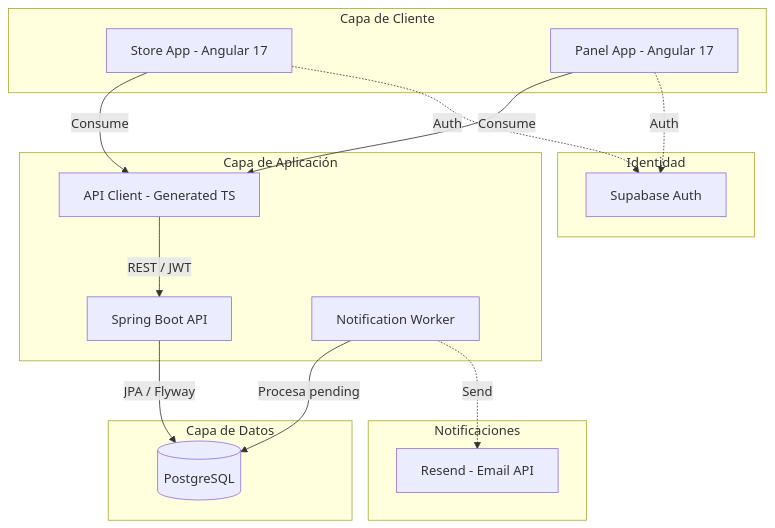
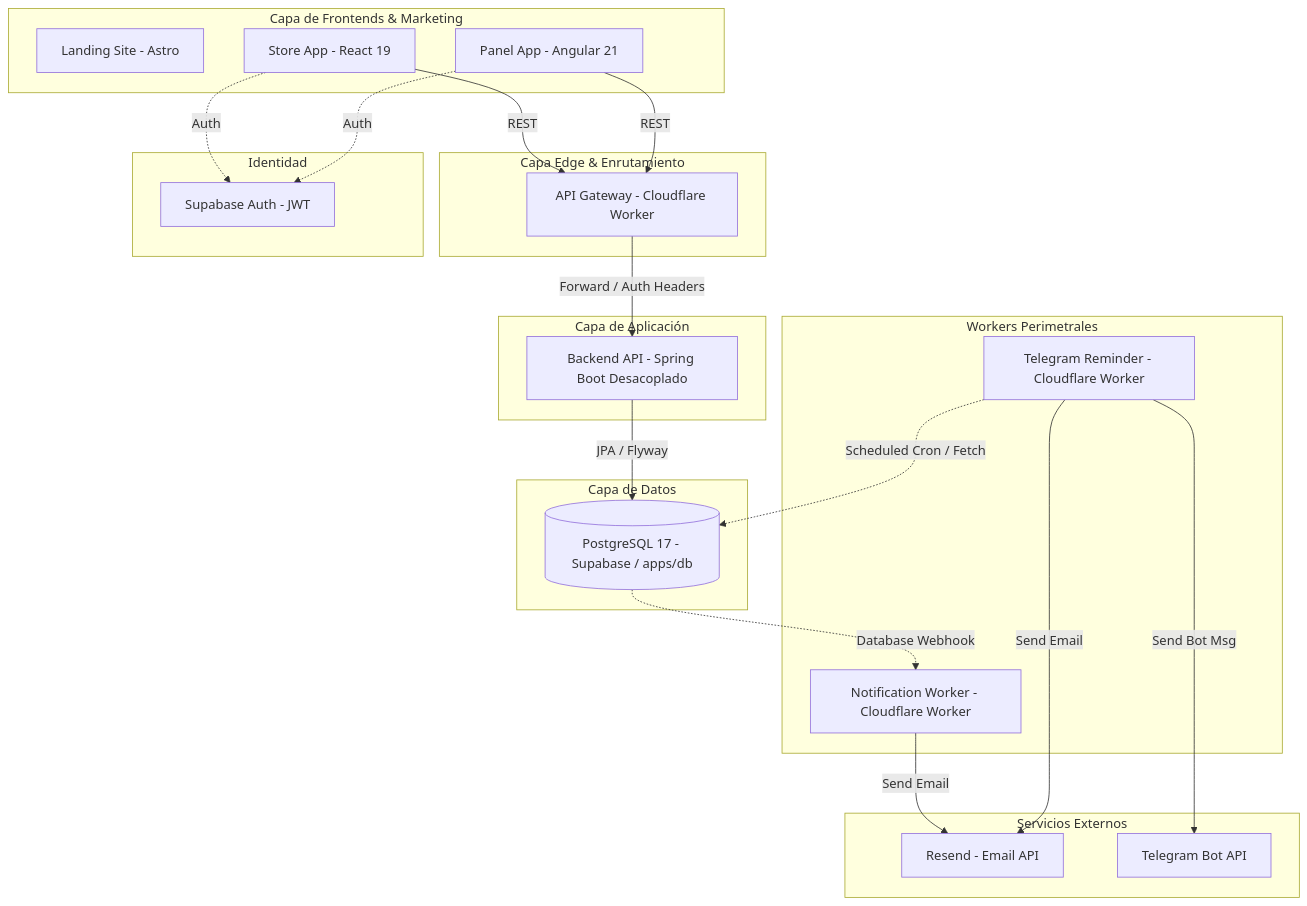
One commit to alexanderCanon/neversion changed the diagram in docs/diagrams/architecture.md. Above: the diagram before and after it, drawn with Mermaid. The commit also changed other lines of this file and 159 other files, not shown here.

````diff
--- a/docs/diagrams/architecture.md
+++ b/docs/diagrams/architecture.md
@@ -5,37 +5,50 @@
 ```mermaid
 graph TD
-    subgraph Client_Layer [Capa de Cliente]
-        Store[Store App - Angular 17]
-        Panel[Panel App - Angular 17]
+    subgraph Client_Layer [Capa de Frontends & Marketing]
+        WWW[Landing Site - Astro]
+        Store[Store App - React 19]
+        Panel[Panel App - Angular 21]
+    end
+
+    subgraph Edge_Gateway [Capa Edge & Enrutamiento]
+        Gateway[API Gateway - Cloudflare Worker]
     end
 
     subgraph Auth_Service [Identidad]
-        Supabase[Supabase Auth]
+        SupabaseAuth[Supabase Auth - JWT]
     end
 
     subgraph Backend_Layer [Capa de Aplicación]
-        API[Spring Boot API]
-        Client_Lib[API Client - Generated TS]
-        Worker[Notification Worker]
+        API[Backend API - Spring Boot Desacoplado]
+    end
+
+    subgraph Worker_Layer [Workers Perimetrales]
+        NotifWorker[Notification Worker - Cloudflare Worker]
+        TelegramWorker[Telegram Reminder - Cloudflare Worker]
     end
 
     subgraph Persistence_Layer [Capa de Datos]
-        DB[(PostgreSQL)]
+        DB[(PostgreSQL 17 - Supabase / apps/db)]
     end
 
-    subgraph Notifications [Notificaciones]
+    subgraph External_Services [Servicios Externos]
         Resend[Resend - Email API]
+        Telegram[Telegram Bot API]
     end
 
-    Store -->|Consume| Client_Lib
-    Panel -->|Consume| Client_Lib
-    Client_Lib -->|REST / JWT| API
+    Store -->|REST| Gateway
+    Panel -->|REST| Gateway
+    Gateway -->|Forward / Auth Headers| API
     
     API -->|JPA / Flyway| DB
-    Worker -->|Procesa pending| DB
     
-    Store -.->|Auth| Supabase
-    Panel -.->|Auth| Supabase
+    DB -.->|Database Webhook| NotifWorker
+    NotifWorker -->|Send Email| Resend
     
-    Worker -.->|Send| Resend
+    TelegramWorker -.->|Scheduled Cron / Fetch| DB
+    TelegramWorker -->|Send Bot Msg| Telegram
+    TelegramWorker -->|Send Email| Resend
+    
+    Store -.->|Auth| SupabaseAuth
+    Panel -.->|Auth| SupabaseAuth
 ```
````
